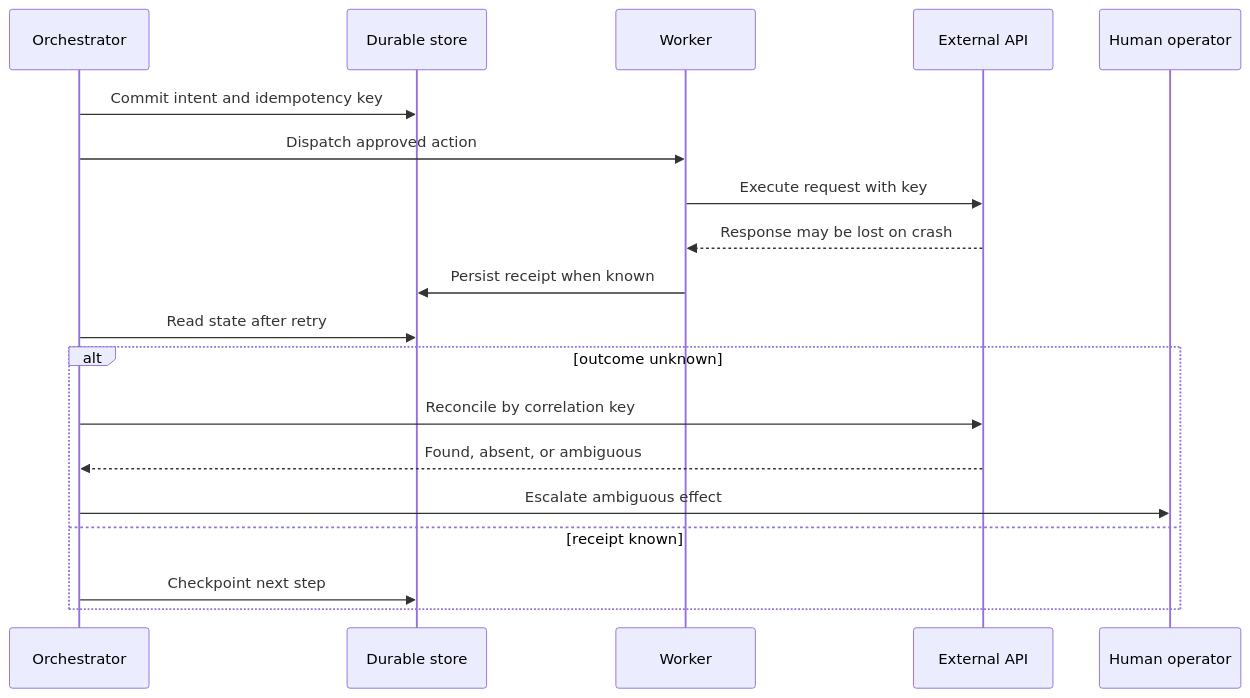
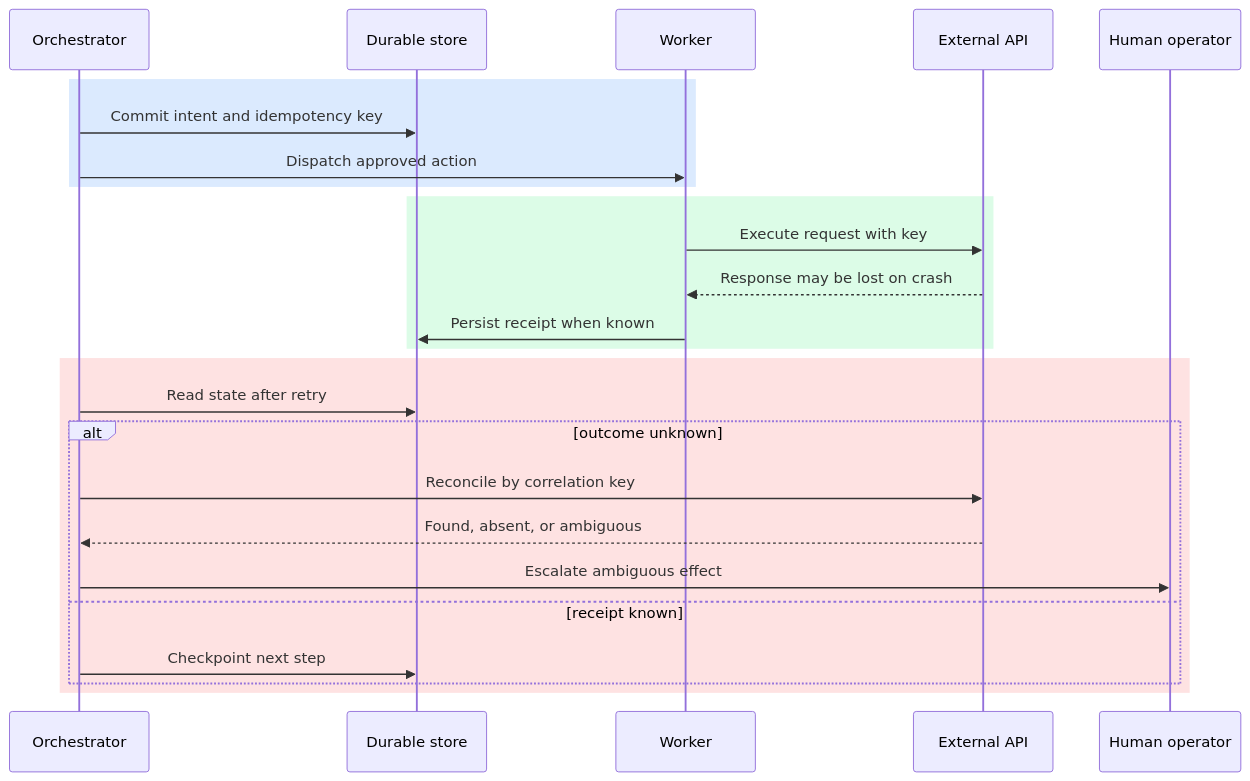
The second of 2 diagrams in months/2026-07/09-long-running-tasks.md (souradeepta/ai-monthly-concepts), drawn with Mermaid before and after one commit. The commit also changed other lines of this file and 21 other files, not shown here.

````diff
--- a/months/2026-07/09-long-running-tasks.md
+++ b/months/2026-07/09-long-running-tasks.md
@@ -83,21 +87,27 @@
 ```mermaid
 sequenceDiagram
   participant O as Orchestrator
   participant D as Durable store
   participant W as Worker
   participant X as External API
   participant H as Human operator
-  O->>D: Commit intent and idempotency key
-  O->>W: Dispatch approved action
-  W->>X: Execute request with key
-  X-->>W: Response may be lost on crash
-  W->>D: Persist receipt when known
-  O->>D: Read state after retry
-  alt outcome unknown
-    O->>X: Reconcile by correlation key
-    X-->>O: Found, absent, or ambiguous
-    O->>H: Escalate ambiguous effect
-  else receipt known
-    O->>D: Checkpoint next step
+  rect rgb(219, 234, 254)
+    O->>D: Commit intent and idempotency key
+    O->>W: Dispatch approved action
+  end
+  rect rgb(220, 252, 231)
+    W->>X: Execute request with key
+    X-->>W: Response may be lost on crash
+    W->>D: Persist receipt when known
+  end
+  rect rgb(254, 226, 226)
+    O->>D: Read state after retry
+    alt outcome unknown
+      O->>X: Reconcile by correlation key
+      X-->>O: Found, absent, or ambiguous
+      O->>H: Escalate ambiguous effect
+    else receipt known
+      O->>D: Checkpoint next step
+    end
   end
 ```
````
